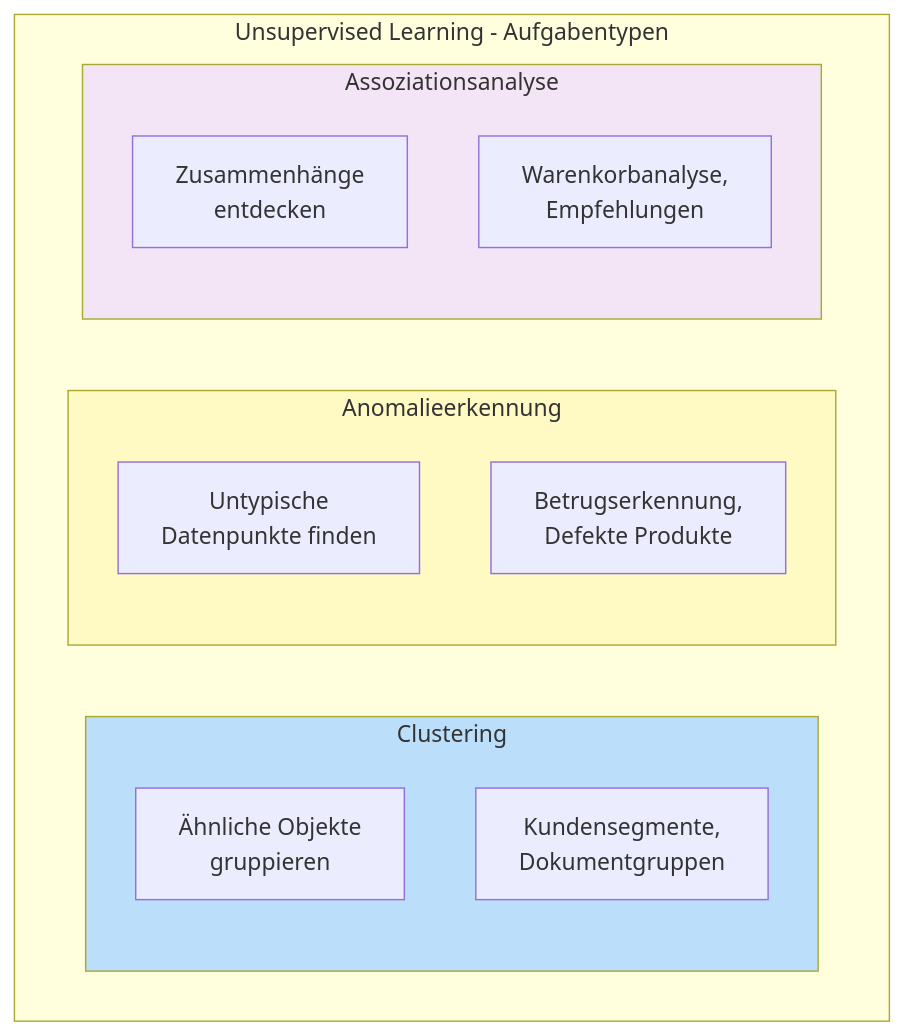
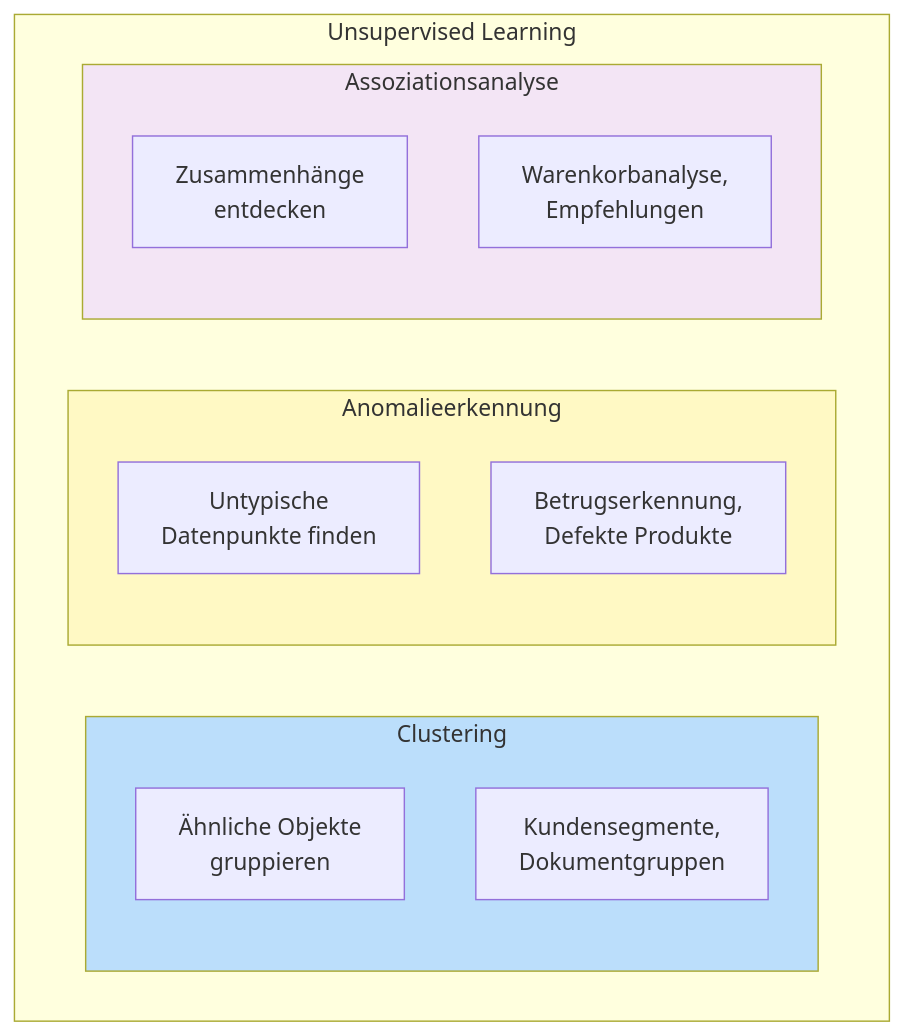
The ninth of 14 diagrams in docs/concepts/grundlagen/machine_learning_grundlagen.md (ralf-42/ML_Intro), drawn with Mermaid before and after one commit. The commit also changed other lines of this file and 4 other files, not shown here.

````diff
--- a/docs/concepts/grundlagen/machine_learning_grundlagen.md
+++ b/docs/concepts/grundlagen/machine_learning_grundlagen.md
@@ -346,25 +346,25 @@
 ```mermaid
 flowchart TB
-    subgraph UL["Unsupervised Learning - Aufgabentypen"]
+    subgraph UL["Unsupervised Learning"]
         direction LR
         
         subgraph CL["Clustering"]
             CL_DESC["Ähnliche Objekte<br/>gruppieren"]
             CL_EX["Kundensegmente,<br/>Dokumentgruppen"]
         end
         
         subgraph AN["Anomalieerkennung"]
             AN_DESC["Untypische<br/>Datenpunkte finden"]
             AN_EX["Betrugserkennung,<br/>Defekte Produkte"]
         end
         
         subgraph AS["Assoziationsanalyse"]
             AS_DESC["Zusammenhänge<br/>entdecken"]
             AS_EX["Warenkorbanalyse,<br/>Empfehlungen"]
         end
     end
     
     style CL fill:#bbdefb
     style AN fill:#fff9c4
     style AS fill:#f3e5f5
 ```
````
